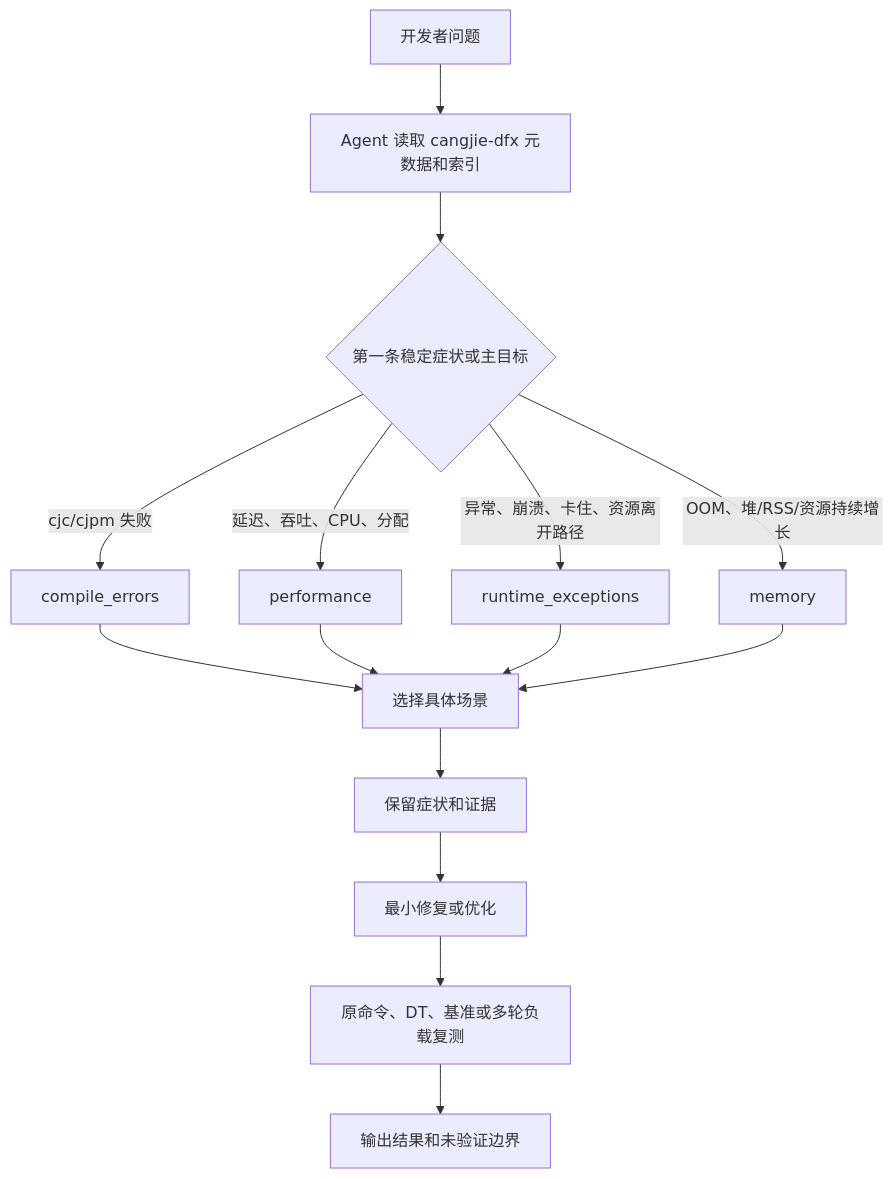
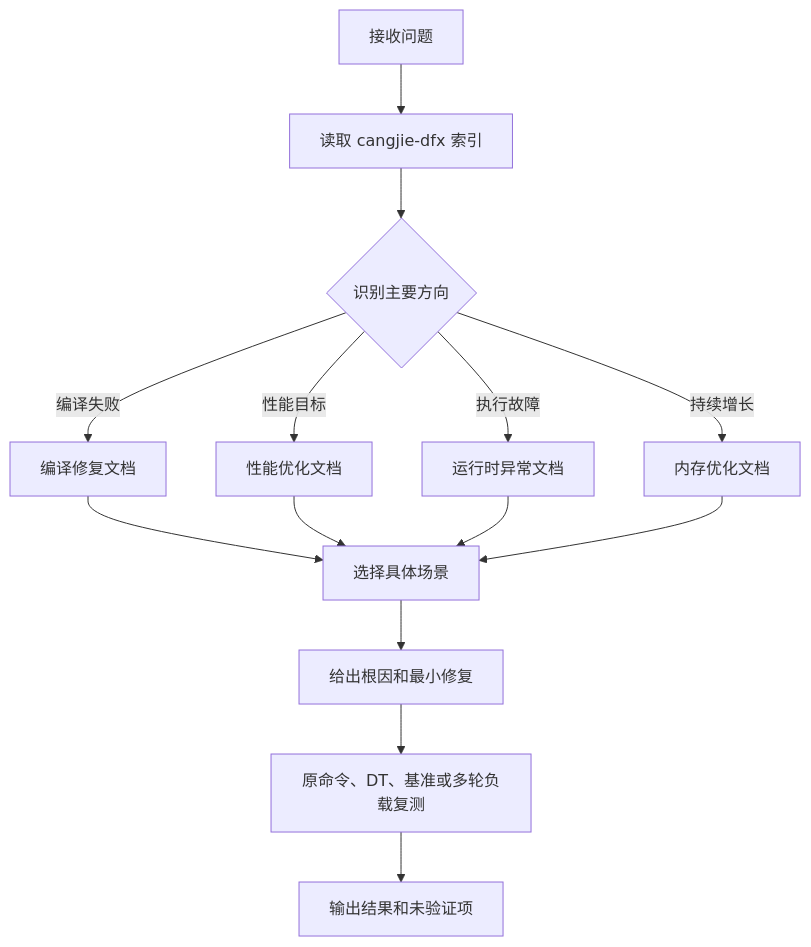
One commit to cangjielanguage/proposal changed the second of 2 diagrams in 仓颉DFX场景处理Skill架构设计.md. Above: the diagram before and after it, drawn with Mermaid. The commit also changed other lines of this file, not shown here.

Commit message:
docs(proposal): streamline cangjie dfx skill design

````diff
--- a/仓颉DFX场景处理Skill架构设计.md
+++ b/仓颉DFX场景处理Skill架构设计.md
@@ -221,19 +95,16 @@
 ```mermaid
 flowchart TD
-    Q["开发者问题"] --> D["Agent 读取 cangjie-dfx 元数据和索引"]
-    D --> E{"第一条稳定症状或主目标"}
-    E -->|"cjc/cjpm 失败"| C["compile_errors"]
-    E -->|"延迟、吞吐、CPU、分配"| P["performance"]
-    E -->|"异常、崩溃、卡住、资源离开路径"| R["runtime_exceptions"]
-    E -->|"OOM、堆/RSS/资源持续增长"| M["memory"]
-
-    C --> A["选择具体场景"]
-    P --> A
-    R --> A
-    M --> A
-
-    A --> H["保留症状和证据"]
-    H --> F["最小修复或优化"]
+    Q["接收问题"] --> I["读取 cangjie-dfx 索引"]
+    I --> D{"识别主要方向"}
+    D -->|"编译失败"| C["编译修复文档"]
+    D -->|"性能目标"| P["性能优化文档"]
+    D -->|"执行故障"| R["运行时异常文档"]
+    D -->|"持续增长"| M["内存优化文档"]
+    C --> S["选择具体场景"]
+    P --> S
+    R --> S
+    M --> S
+    S --> F["给出根因和最小修复"]
     F --> V["原命令、DT、基准或多轮负载复测"]
-    V --> O["输出结果和未验证边界"]
+    V --> O["输出结果和未验证项"]
 ```
````
